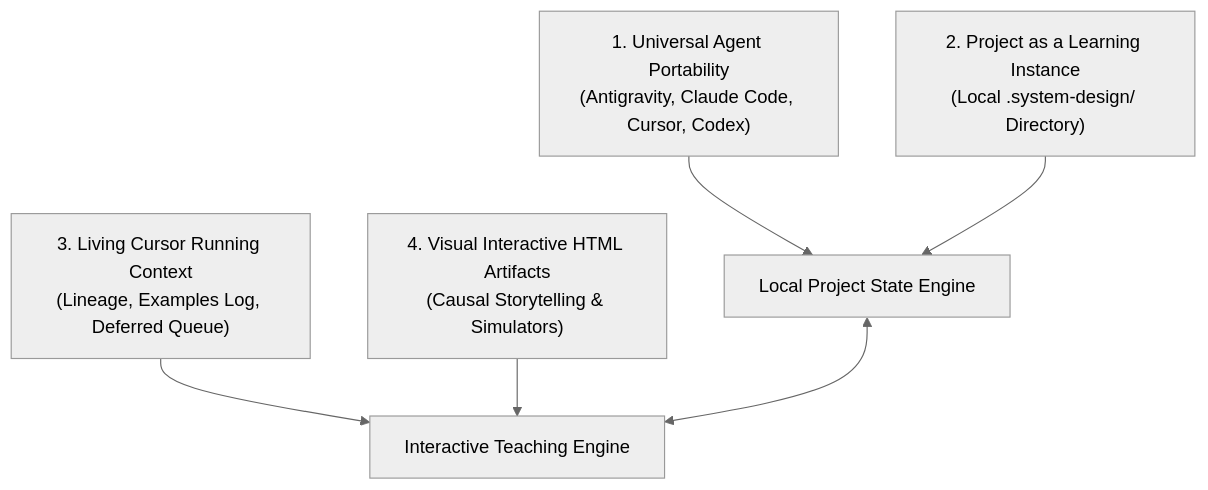
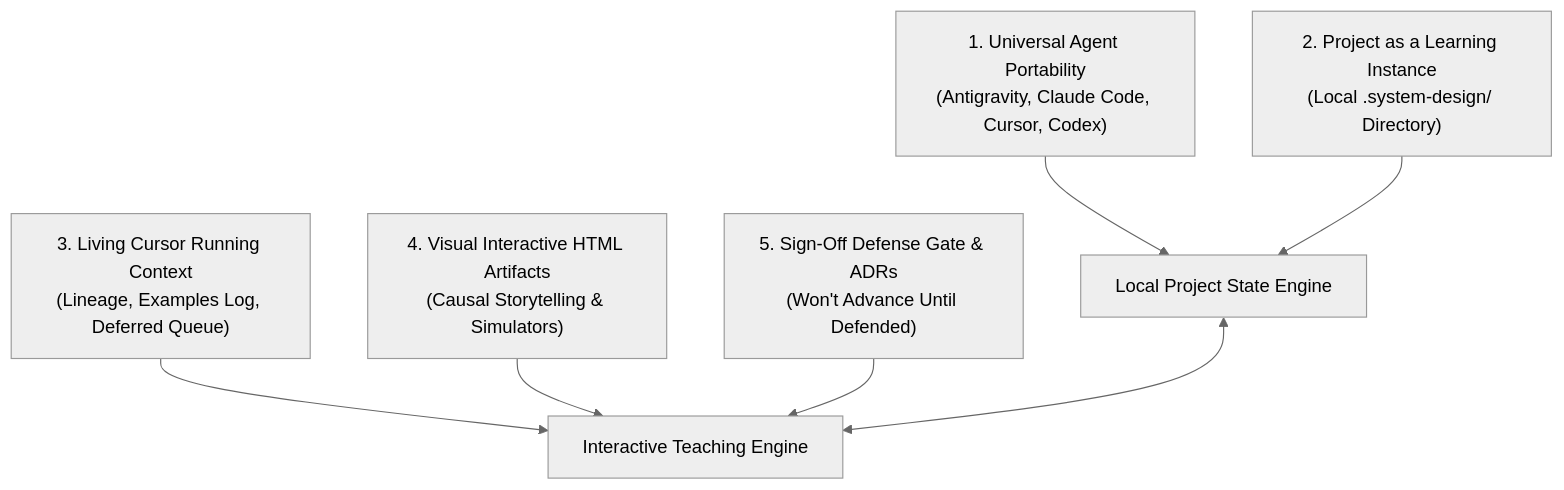
The diagram in README.md (alph-a07/system-design-studio), drawn with Mermaid (neutral theme) before and after one commit. The commit also changed other lines of this file, not shown here.

````diff
--- a/README.md
+++ b/README.md
@@ -25,9 +35,10 @@
 ```mermaid
 flowchart TD
     P1["1. Universal Agent Portability<br/>(Antigravity, Claude Code, Cursor, Codex)"] --> SYNC["Local Project State Engine"]
     P2["2. Project as a Learning Instance<br/>(Local .system-design/ Directory)"] --> SYNC
     P3["3. Living Cursor Running Context<br/>(Lineage, Examples Log, Deferred Queue)"] --> TEACHING["Interactive Teaching Engine"]
     P4["4. Visual Interactive HTML Artifacts<br/>(Causal Storytelling & Simulators)"] --> TEACHING
+    P5["5. Sign-Off Defense Gate & ADRs<br/>(Won't Advance Until Defended)"] --> TEACHING
 
     SYNC <--> TEACHING
 ```
````
